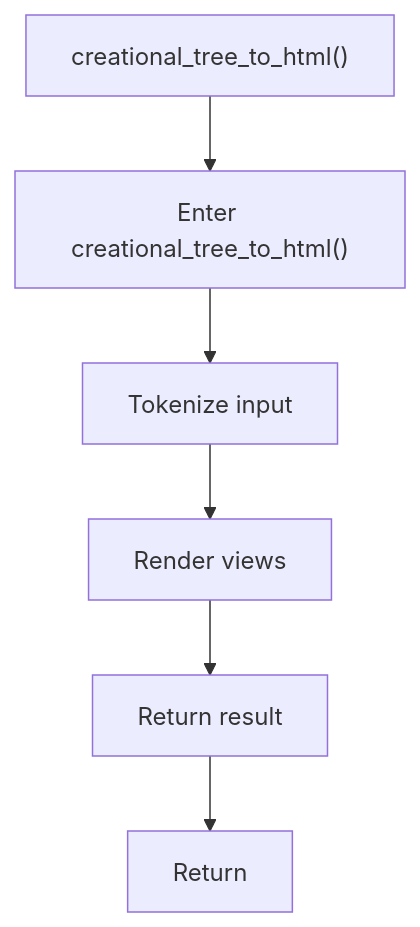
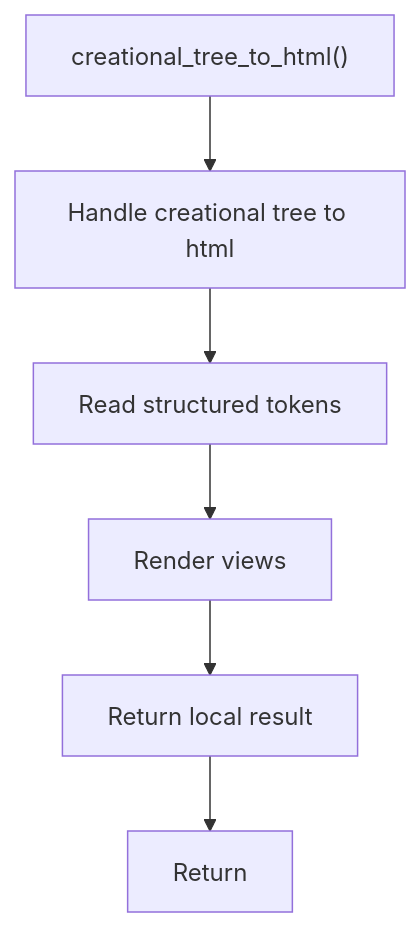
One commit to JohnAndrewBalbarosa/NeoTerritory changed the diagram in docs/Codebase/Microservice/Modules/Source/Trees/ClassGeneration/VirtualBroken/Creational/Flow/functions/creational_tree_to_html.cpp.md. Above: the diagram before and after it, drawn with Mermaid. The commit also changed other lines of this file and 915 other files, not shown here.

````diff
--- a/docs/Codebase/Microservice/Modules/Source/Trees/ClassGeneration/VirtualBroken/Creational/Flow/functions/creational_tree_to_html.cpp.md
+++ b/docs/Codebase/Microservice/Modules/Source/Trees/ClassGeneration/VirtualBroken/Creational/Flow/functions/creational_tree_to_html.cpp.md
@@ -18,14 +18,14 @@
 ```mermaid
 flowchart TD
     Start["creational_tree_to_html()"]
-    N0["Enter creational_tree_to_html()"]
-    N1["Tokenize input"]
+    N0["Handle creational tree to html"]
+    N1["Read structured tokens"]
     N2["Render views"]
-    N3["Return result"]
+    N3["Return local result"]
     End["Return"]
     Start --> N0
     N0 --> N1
     N1 --> N2
     N2 --> N3
     N3 --> End
 ```
````
